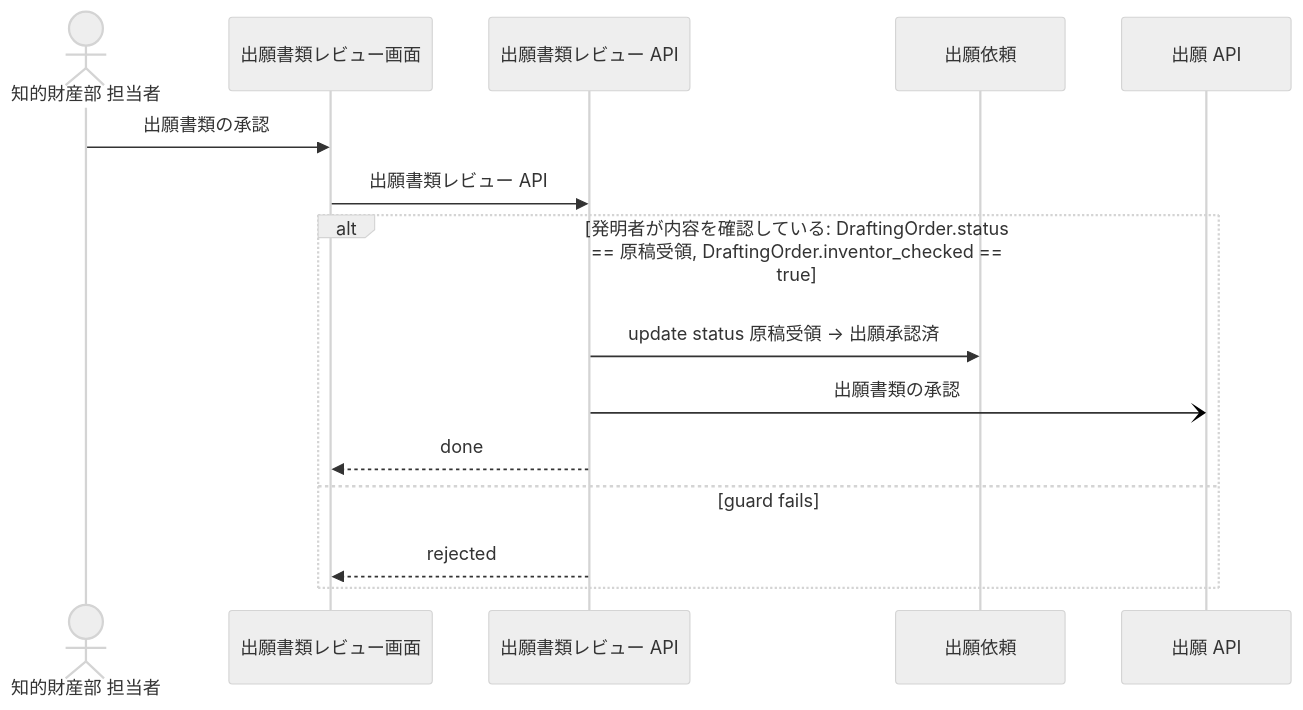
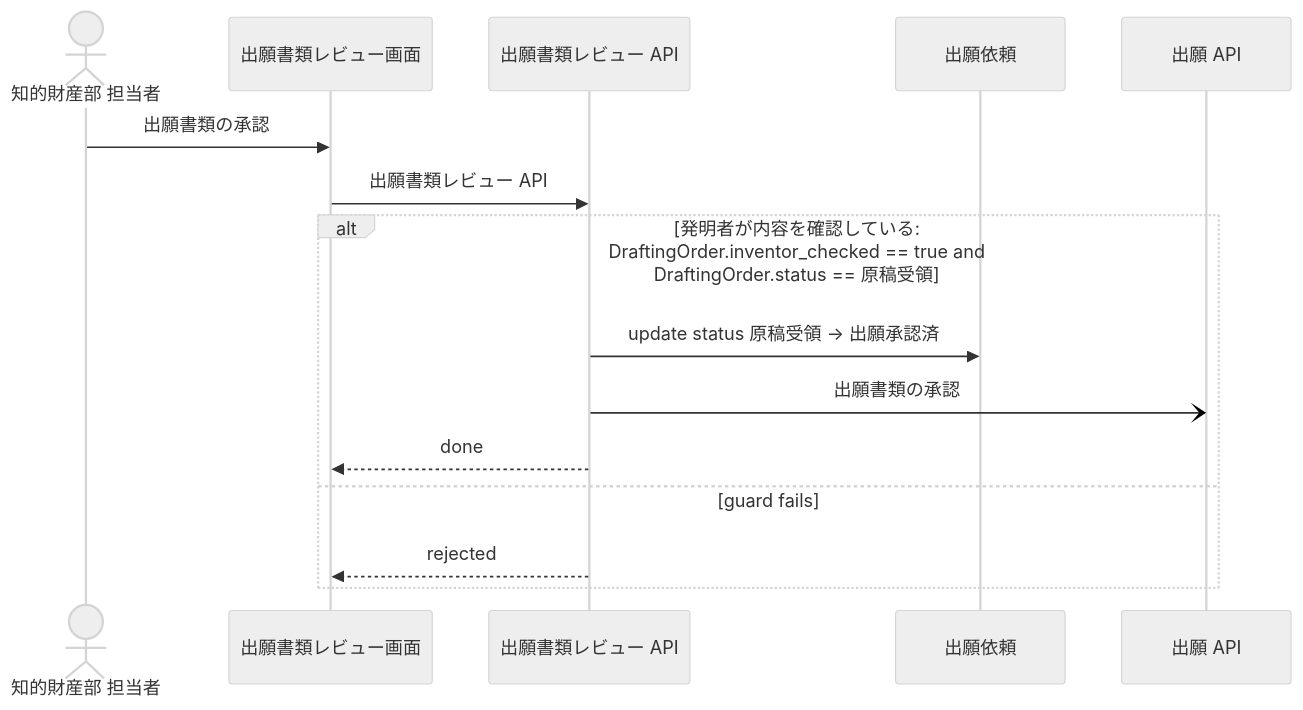
Before and after one commit to manji-0/rdra-ish-dsl: the diagram in samples/patent-ops/out/uc/sequence_ApproveDraft.mmd, drawn with Mermaid (neutral theme). The commit also changed 19 other files, not shown here.

```diff
--- a/samples/patent-ops/out/uc/sequence_ApproveDraft.mmd
+++ b/samples/patent-ops/out/uc/sequence_ApproveDraft.mmd
@@ -1,18 +1,18 @@
 %% rdra-ish diagram=sequence scope=usecase:ApproveDraft model=samples/patent-ops
 %% kinds: actor screen api entity
 %% omitted: buc step medium permission event condition
 sequenceDiagram
   actor actor__IpStaff as 知的財産部 担当者
   participant screen__DraftReviewScreen as 出願書類レビュー画面
   participant api__DraftReviewApi as 出願書類レビュー API
   participant entity__DraftingOrder as 出願依頼
   participant api__FilingApi as 出願 API
   actor__IpStaff ->> screen__DraftReviewScreen: 出願書類の承認
   screen__DraftReviewScreen ->> api__DraftReviewApi: 出願書類レビュー API
-  alt 発明者が内容を確認している: DraftingOrder.status == 原稿受領, DraftingOrder.inventor_checked == true
+  alt 発明者が内容を確認している: DraftingOrder.inventor_checked == true and DraftingOrder.status == 原稿受領
     api__DraftReviewApi ->> entity__DraftingOrder: update status 原稿受領 -> 出願承認済
     api__DraftReviewApi -) api__FilingApi: 出願書類の承認
     api__DraftReviewApi -->> screen__DraftReviewScreen: done
   else guard fails
     api__DraftReviewApi -->> screen__DraftReviewScreen: rejected
   end
```
